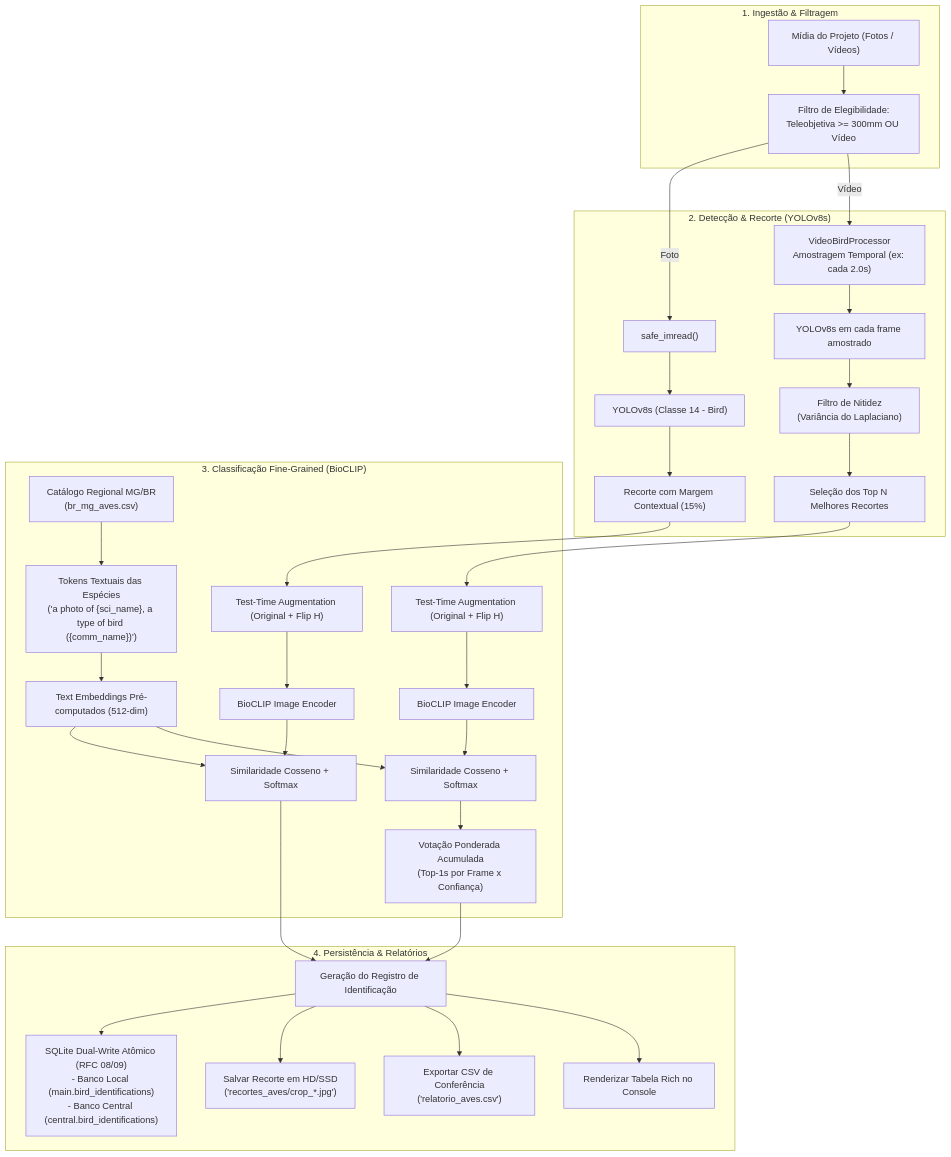
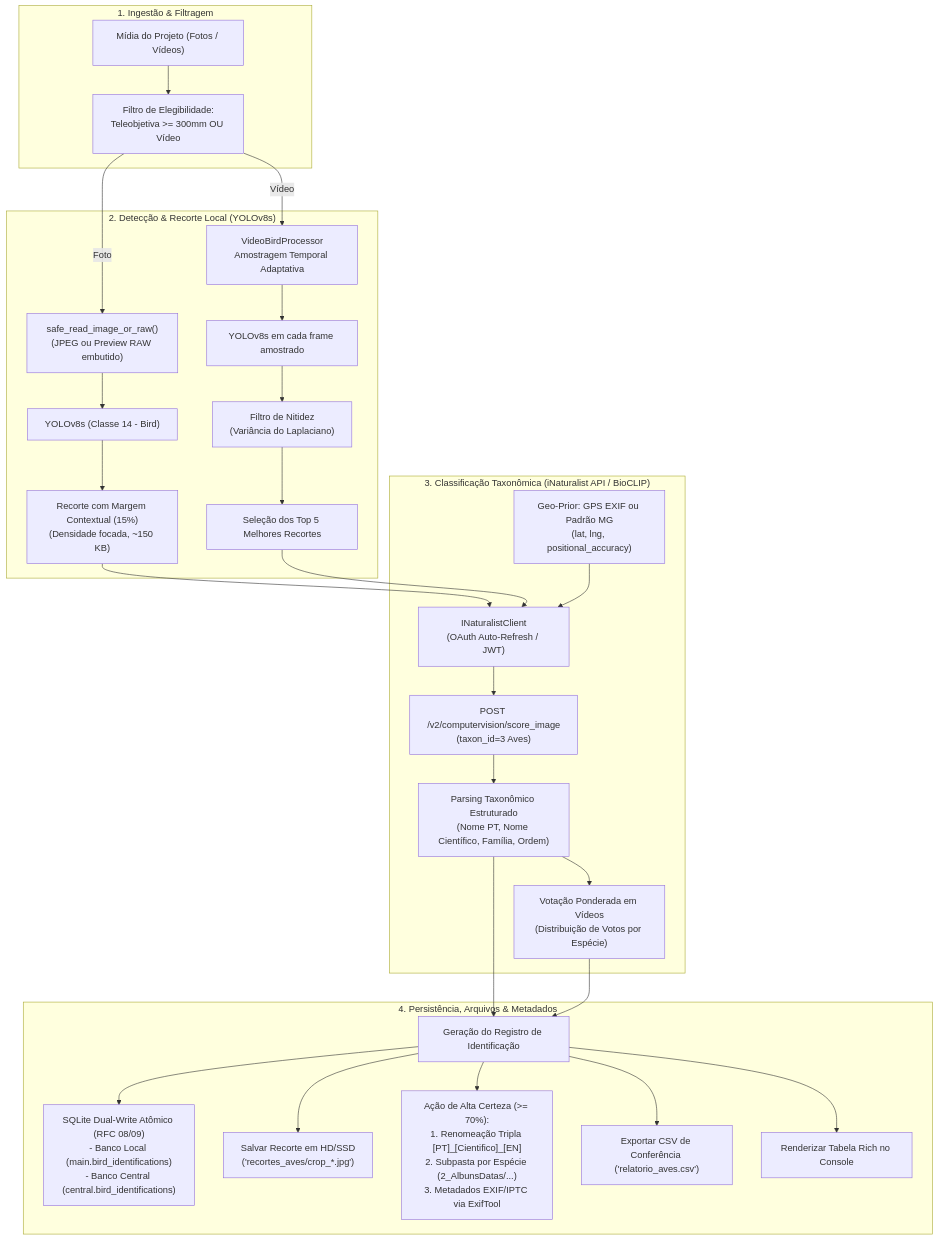
Before and after one commit to felipeph/IRIS: the diagram in proposals/plano_modulo_identificacao_aves.md, drawn with Mermaid. The commit also changed other lines of this file and 11 other files, not shown here.

First line of the commit message:
feat(bird_id): integrar api do inaturalist com prior geografico e amostragem de video

````diff
--- a/proposals/plano_modulo_identificacao_aves.md
+++ b/proposals/plano_modulo_identificacao_aves.md
@@ -15,47 +15,43 @@
 ```mermaid
 flowchart TD
     subgraph Entrada["1. Ingestão & Filtragem"]
         RawMedia["Mídia do Projeto (Fotos / Vídeos)"]
         Filter["Filtro de Elegibilidade:\nTeleobjetiva >= 300mm OU Vídeo"]
         RawMedia --> Filter
     end
 
-    subgraph Deteccao["2. Detecção & Recorte (YOLOv8s)"]
-        Filter -->|Foto| Imread["safe_imread()"]
+    subgraph Deteccao["2. Detecção & Recorte Local (YOLOv8s)"]
+        Filter -->|Foto| Imread["safe_read_image_or_raw()\n(JPEG ou Preview RAW embutido)"]
         Imread --> YOLO_Photo["YOLOv8s (Classe 14 - Bird)"]
-        YOLO_Photo --> CropPhoto["Recorte com Margem Contextual (15%)"]
+        YOLO_Photo --> CropPhoto["Recorte com Margem Contextual (15%)\n(Densidade focada, ~150 KB)"]
         
-        Filter -->|Vídeo| VideoCap["VideoBirdProcessor\nAmostragem Temporal (ex: cada 2.0s)"]
+        Filter -->|Vídeo| VideoCap["VideoBirdProcessor\nAmostragem Temporal Adaptativa"]
         VideoCap --> YOLO_Video["YOLOv8s em cada frame amostrado"]
         YOLO_Video --> SharpnessFilter["Filtro de Nitidez\n(Variância do Laplaciano)"]
-        SharpnessFilter --> TopCrops["Seleção dos Top N Melhores Recortes"]
+        SharpnessFilter --> TopCrops["Seleção dos Top 5 Melhores Recortes"]
     end
 
-    subgraph Classificacao["3. Classificação Fine-Grained (BioCLIP)"]
-        Catalog["Catálogo Regional MG/BR\n(br_mg_aves.csv)"]
-        TextTokens["Tokens Textuais das Espécies\n('a photo of {sci_name}, a type of bird ({comm_name})')"]
-        Catalog --> TextTokens
-        TextTokens --> PrecomputedEmbeddings["Text Embeddings Pré-computados (512-dim)"]
+    subgraph Classificacao["3. Classificação Taxonômica (iNaturalist API / BioCLIP)"]
+        GeoPrior["Geo-Prior: GPS EXIF ou Padrão MG\n(lat, lng, positional_accuracy)"]
+        INatClient["INaturalistClient\n(OAuth Auto-Refresh / JWT)"]
+        
+        CropPhoto --> INatClient
+        TopCrops --> INatClient
+        GeoPrior --> INatClient
 
-        CropPhoto --> TTA_Photo["Test-Time Augmentation (Original + Flip H)"]
-        TopCrops --> TTA_Video["Test-Time Augmentation (Original + Flip H)"]
-
-        TTA_Photo --> BioCLIP_Photo["BioCLIP Image Encoder"]
-        TTA_Video --> BioCLIP_Video["BioCLIP Image Encoder"]
-
-        BioCLIP_Photo & PrecomputedEmbeddings --> CosineSim_Photo["Similaridade Cosseno + Softmax"]
-        BioCLIP_Video & PrecomputedEmbeddings --> CosineSim_Video["Similaridade Cosseno + Softmax"]
-
-        CosineSim_Video --> WeightedVote["Votação Ponderada Acumulada\n(Top-1s por Frame x Confiança)"]
+        INatClient --> INat_API["POST /v2/computervision/score_image\n(taxon_id=3 Aves)"]
+        INat_API --> JSON_Parse["Parsing Taxonômico Estruturado\n(Nome PT, Nome Científico, Família, Ordem)"]
+        JSON_Parse --> WeightedVote["Votação Ponderada em Vídeos\n(Distribuição de Votos por Espécie)"]
     end
 
-    subgraph Persistencia["4. Persistência & Relatórios"]
-        CosineSim_Photo --> RecordGen["Geração do Registro de Identificação"]
+    subgraph Persistencia["4. Persistência, Arquivos & Metadados"]
+        JSON_Parse --> RecordGen["Geração do Registro de Identificação"]
         WeightedVote --> RecordGen
         
         RecordGen --> DualWrite["SQLite Dual-Write Atômico (RFC 08/09)\n- Banco Local (main.bird_identifications)\n- Banco Central (central.bird_identifications)"]
         RecordGen --> SaveCrop["Salvar Recorte em HD/SSD\n('recortes_aves/crop_*.jpg')"]
-        RecordGen --> ExportCSV["Exportar CSV de Conferência\n('relatorio_aves.csv')"]
+        RecordGen --> TriplaAcao["Ação de Alta Certeza (>= 70%):\n1. Renomeação Tripla [PT]_[Cientifico]_[EN]\n2. Subpasta por Espécie (2_AlbunsDatas/...)\n3. Metadados EXIF/IPTC via ExifTool"]
+        RecordGen --> ExportCSV["Exportar CSV de Conferência ('relatorio_aves.csv')"]
         RecordGen --> RichTable["Renderizar Tabela Rich no Console"]
     end
 ```
````
